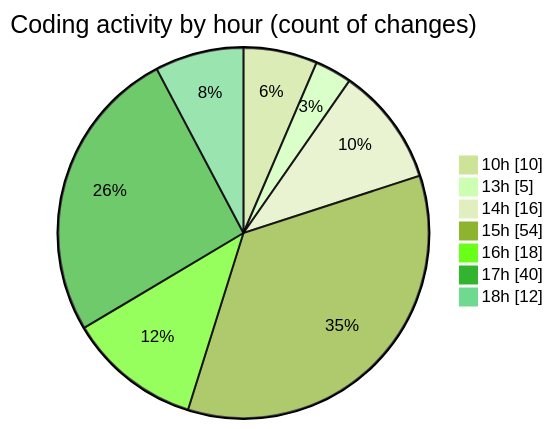
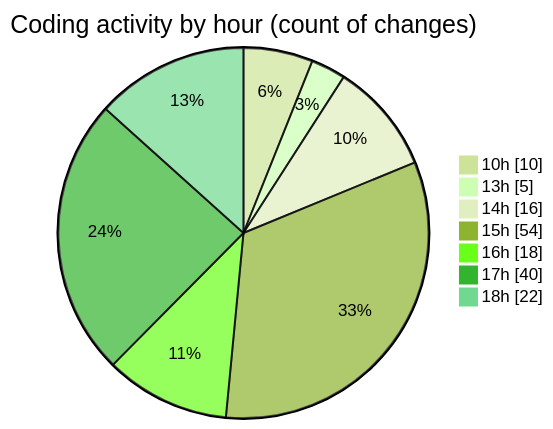
The second of 2 diagrams in 2025-07-30/nxtqube_webapp/README.md (nxtqubesakshisongat/code-tracking), drawn with Mermaid (forest theme) before and after one commit. The commit also changed other lines of this file and 1 other file, not shown here.

````diff
--- a/2025-07-30/nxtqube_webapp/README.md
+++ b/2025-07-30/nxtqube_webapp/README.md
@@ -44,11 +45,11 @@
 ```mermaid
 pie showData
 title Coding activity by hour (count of changes)
 "10h" : 10
 "13h" : 5
 "14h" : 16
 "15h" : 54
 "16h" : 18
 "17h" : 40
-"18h" : 12
+"18h" : 22
 ```
````
